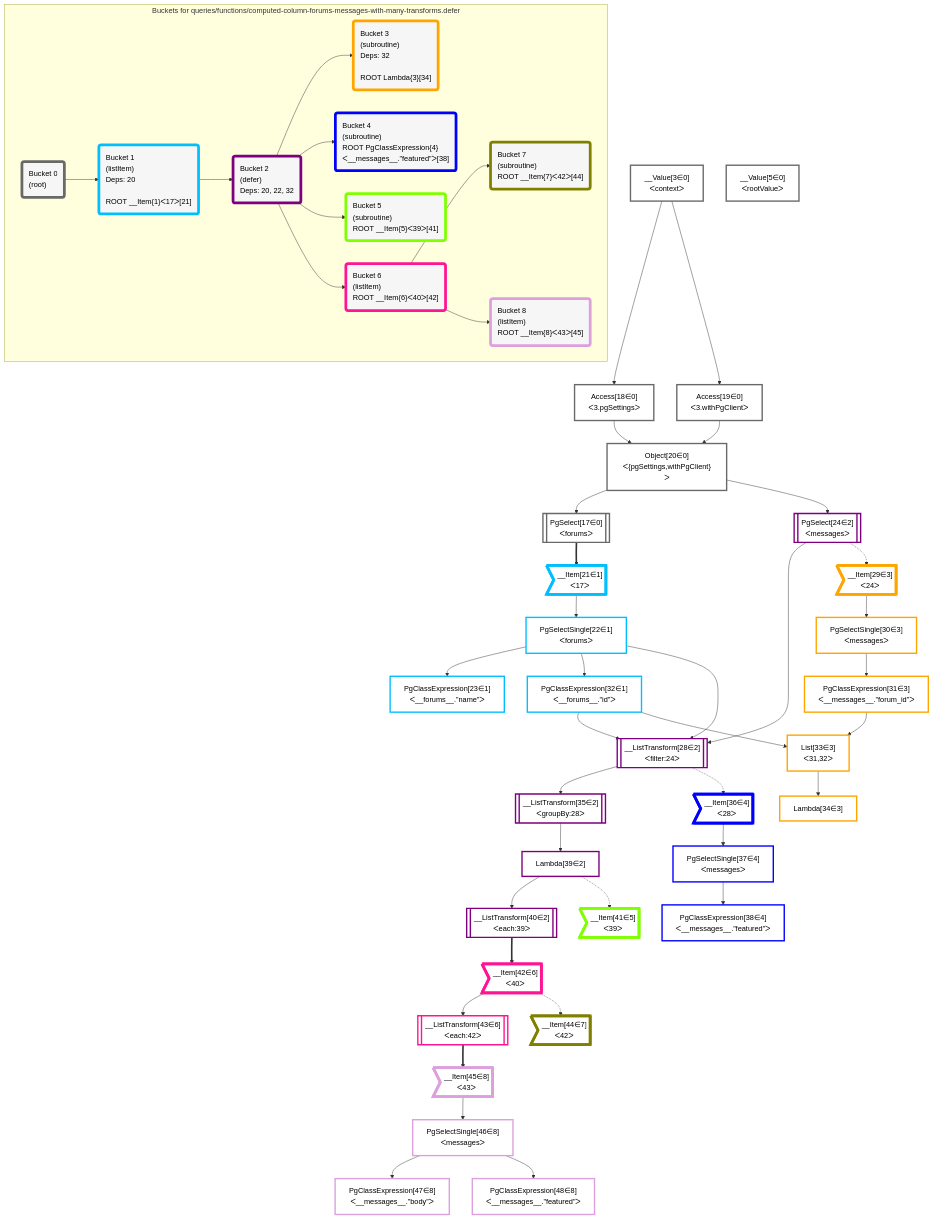
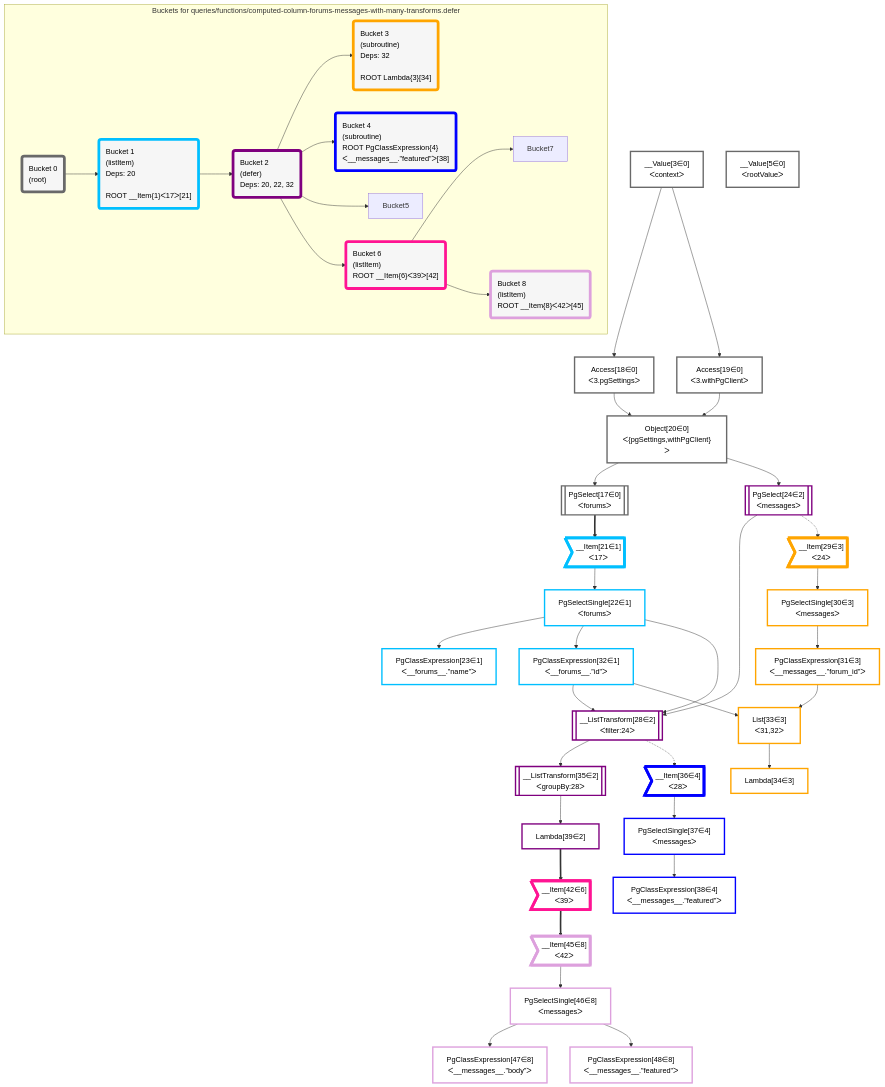
Before and after one commit to graphile/crystal: the diagram in grafast/dataplan-pg/__tests__/queries/functions/computed-column-forums-messages-with-many-transforms.defer.mermaid, drawn with Mermaid. The commit also changed 4 other files, not shown here.

```diff
--- a/grafast/dataplan-pg/__tests__/queries/functions/computed-column-forums-messages-with-many-transforms.defer.mermaid
+++ b/grafast/dataplan-pg/__tests__/queries/functions/computed-column-forums-messages-with-many-transforms.defer.mermaid
@@ -1,105 +1,91 @@
 graph TD
     classDef path fill:#eee,stroke:#000,color:#000
     classDef plan fill:#fff,stroke-width:3px,color:#000
     classDef itemplan fill:#fff,stroke-width:6px,color:#000
     classDef sideeffectplan fill:#f00,stroke-width:6px,color:#000
     classDef bucket fill:#f6f6f6,color:#000,stroke-width:6px,text-align:left
 
 
     %% define steps
     __Value3["__Value[3∈0]<br />ᐸcontextᐳ"]:::plan
     __Value5["__Value[5∈0]<br />ᐸrootValueᐳ"]:::plan
     Access18["Access[18∈0]<br />ᐸ3.pgSettingsᐳ"]:::plan
     Access19["Access[19∈0]<br />ᐸ3.withPgClientᐳ"]:::plan
     Object20["Object[20∈0]<br />ᐸ{pgSettings,withPgClient}ᐳ"]:::plan
     PgSelect17[["PgSelect[17∈0]<br />ᐸforumsᐳ"]]:::plan
     __Item21>"__Item[21∈1]<br />ᐸ17ᐳ"]:::itemplan
     PgSelectSingle22["PgSelectSingle[22∈1]<br />ᐸforumsᐳ"]:::plan
     PgClassExpression23["PgClassExpression[23∈1]<br />ᐸ__forums__.”name”ᐳ"]:::plan
     PgSelect24[["PgSelect[24∈2]<br />ᐸmessagesᐳ"]]:::plan
     PgClassExpression32["PgClassExpression[32∈1]<br />ᐸ__forums__.”id”ᐳ"]:::plan
     __ListTransform28[["__ListTransform[28∈2]<br />ᐸfilter:24ᐳ"]]:::plan
     __Item29>"__Item[29∈3]<br />ᐸ24ᐳ"]:::itemplan
     PgSelectSingle30["PgSelectSingle[30∈3]<br />ᐸmessagesᐳ"]:::plan
     PgClassExpression31["PgClassExpression[31∈3]<br />ᐸ__messages__.”forum_id”ᐳ"]:::plan
     List33["List[33∈3]<br />ᐸ31,32ᐳ"]:::plan
     Lambda34["Lambda[34∈3]"]:::plan
     __ListTransform35[["__ListTransform[35∈2]<br />ᐸgroupBy:28ᐳ"]]:::plan
     __Item36>"__Item[36∈4]<br />ᐸ28ᐳ"]:::itemplan
     PgSelectSingle37["PgSelectSingle[37∈4]<br />ᐸmessagesᐳ"]:::plan
     PgClassExpression38["PgClassExpression[38∈4]<br />ᐸ__messages__.”featured”ᐳ"]:::plan
     Lambda39["Lambda[39∈2]"]:::plan
-    __ListTransform40[["__ListTransform[40∈2]<br />ᐸeach:39ᐳ"]]:::plan
-    __Item41>"__Item[41∈5]<br />ᐸ39ᐳ"]:::itemplan
-    __Item42>"__Item[42∈6]<br />ᐸ40ᐳ"]:::itemplan
-    __ListTransform43[["__ListTransform[43∈6]<br />ᐸeach:42ᐳ"]]:::plan
-    __Item44>"__Item[44∈7]<br />ᐸ42ᐳ"]:::itemplan
-    __Item45>"__Item[45∈8]<br />ᐸ43ᐳ"]:::itemplan
+    __Item42>"__Item[42∈6]<br />ᐸ39ᐳ"]:::itemplan
+    __Item45>"__Item[45∈8]<br />ᐸ42ᐳ"]:::itemplan
     PgSelectSingle46["PgSelectSingle[46∈8]<br />ᐸmessagesᐳ"]:::plan
     PgClassExpression47["PgClassExpression[47∈8]<br />ᐸ__messages__.”body”ᐳ"]:::plan
     PgClassExpression48["PgClassExpression[48∈8]<br />ᐸ__messages__.”featured”ᐳ"]:::plan
 
     %% plan dependencies
     __Value3 --> Access18
     __Value3 --> Access19
     Access18 & Access19 --> Object20
     Object20 --> PgSelect17
     PgSelect17 ==> __Item21
     __Item21 --> PgSelectSingle22
     PgSelectSingle22 --> PgClassExpression23
     Object20 --> PgSelect24
     PgSelectSingle22 --> PgClassExpression32
     PgSelect24 & PgSelectSingle22 & PgClassExpression32 --> __ListTransform28
     PgSelect24 -.-> __Item29
     __Item29 --> PgSelectSingle30
     PgSelectSingle30 --> PgClassExpression31
     PgClassExpression31 & PgClassExpression32 --> List33
     List33 --> Lambda34
     __ListTransform28 --> __ListTransform35
     __ListTransform28 -.-> __Item36
     __Item36 --> PgSelectSingle37
     PgSelectSingle37 --> PgClassExpression38
     __ListTransform35 --> Lambda39
-    Lambda39 --> __ListTransform40
-    Lambda39 -.-> __Item41
-    __ListTransform40 ==> __Item42
-    __Item42 --> __ListTransform43
-    __Item42 -.-> __Item44
-    __ListTransform43 ==> __Item45
+    Lambda39 ==> __Item42
+    __Item42 ==> __Item45
     __Item45 --> PgSelectSingle46
     PgSelectSingle46 --> PgClassExpression47
     PgSelectSingle46 --> PgClassExpression48
 
     subgraph "Buckets for queries/functions/computed-column-forums-messages-with-many-transforms.defer"
     Bucket0("Bucket 0<br />(root)"):::bucket
     classDef bucket0 stroke:#696969
     class Bucket0,__Value3,__Value5,PgSelect17,Access18,Access19,Object20 bucket0
     Bucket1("Bucket 1<br />(listItem)<br />Deps: 20<br /><br />ROOT __Item{1}ᐸ17ᐳ[21]"):::bucket
     classDef bucket1 stroke:#00bfff
     class Bucket1,__Item21,PgSelectSingle22,PgClassExpression23,PgClassExpression32 bucket1
     Bucket2("Bucket 2<br />(defer)<br />Deps: 20, 22, 32"):::bucket
     classDef bucket2 stroke:#7f007f
-    class Bucket2,PgSelect24,__ListTransform28,__ListTransform35,Lambda39,__ListTransform40 bucket2
+    class Bucket2,PgSelect24,__ListTransform28,__ListTransform35,Lambda39 bucket2
     Bucket3("Bucket 3<br />(subroutine)<br />Deps: 32<br /><br />ROOT Lambda{3}[34]"):::bucket
     classDef bucket3 stroke:#ffa500
     class Bucket3,__Item29,PgSelectSingle30,PgClassExpression31,List33,Lambda34 bucket3
     Bucket4("Bucket 4<br />(subroutine)<br />ROOT PgClassExpression{4}ᐸ__messages__.”featured”ᐳ[38]"):::bucket
     classDef bucket4 stroke:#0000ff
     class Bucket4,__Item36,PgSelectSingle37,PgClassExpression38 bucket4
-    Bucket5("Bucket 5<br />(subroutine)<br />ROOT __Item{5}ᐸ39ᐳ[41]"):::bucket
-    classDef bucket5 stroke:#7fff00
-    class Bucket5,__Item41 bucket5
-    Bucket6("Bucket 6<br />(listItem)<br />ROOT __Item{6}ᐸ40ᐳ[42]"):::bucket
+    Bucket6("Bucket 6<br />(listItem)<br />ROOT __Item{6}ᐸ39ᐳ[42]"):::bucket
     classDef bucket6 stroke:#ff1493
-    class Bucket6,__Item42,__ListTransform43 bucket6
-    Bucket7("Bucket 7<br />(subroutine)<br />ROOT __Item{7}ᐸ42ᐳ[44]"):::bucket
-    classDef bucket7 stroke:#808000
-    class Bucket7,__Item44 bucket7
-    Bucket8("Bucket 8<br />(listItem)<br />ROOT __Item{8}ᐸ43ᐳ[45]"):::bucket
+    class Bucket6,__Item42 bucket6
+    Bucket8("Bucket 8<br />(listItem)<br />ROOT __Item{8}ᐸ42ᐳ[45]"):::bucket
     classDef bucket8 stroke:#dda0dd
     class Bucket8,__Item45,PgSelectSingle46,PgClassExpression47,PgClassExpression48 bucket8
     Bucket0 --> Bucket1
     Bucket1 --> Bucket2
     Bucket2 --> Bucket3 & Bucket4 & Bucket5 & Bucket6
     Bucket6 --> Bucket7 & Bucket8
     end
```
